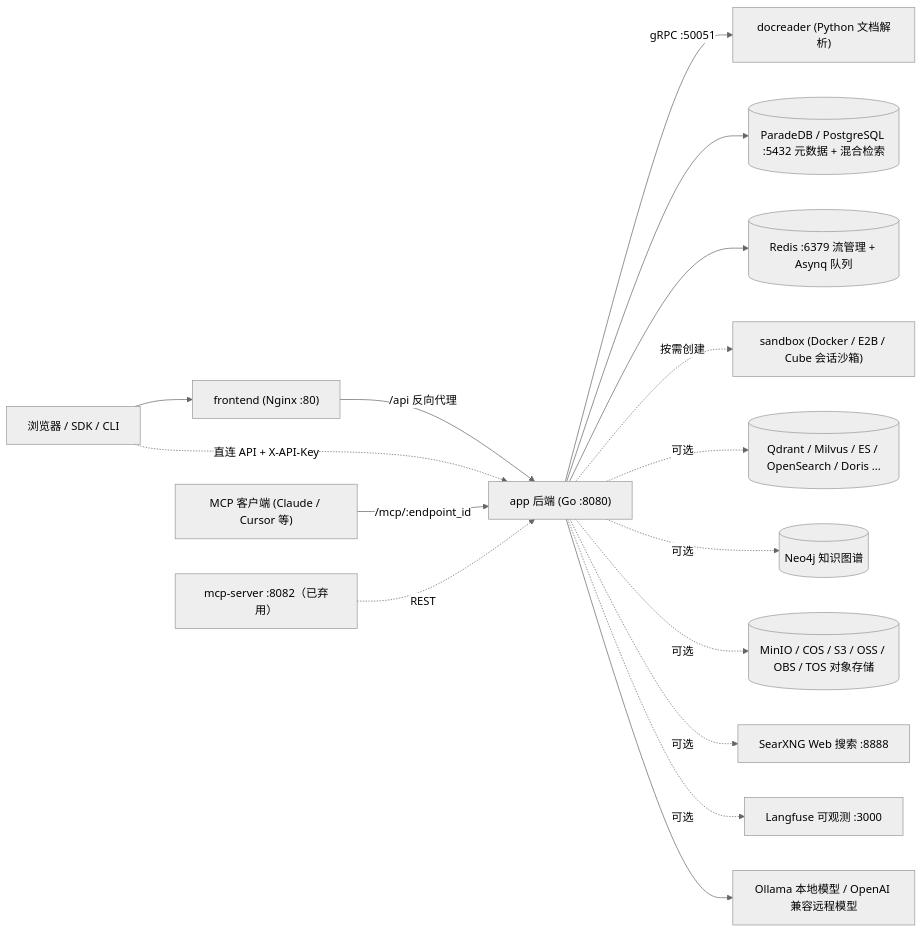
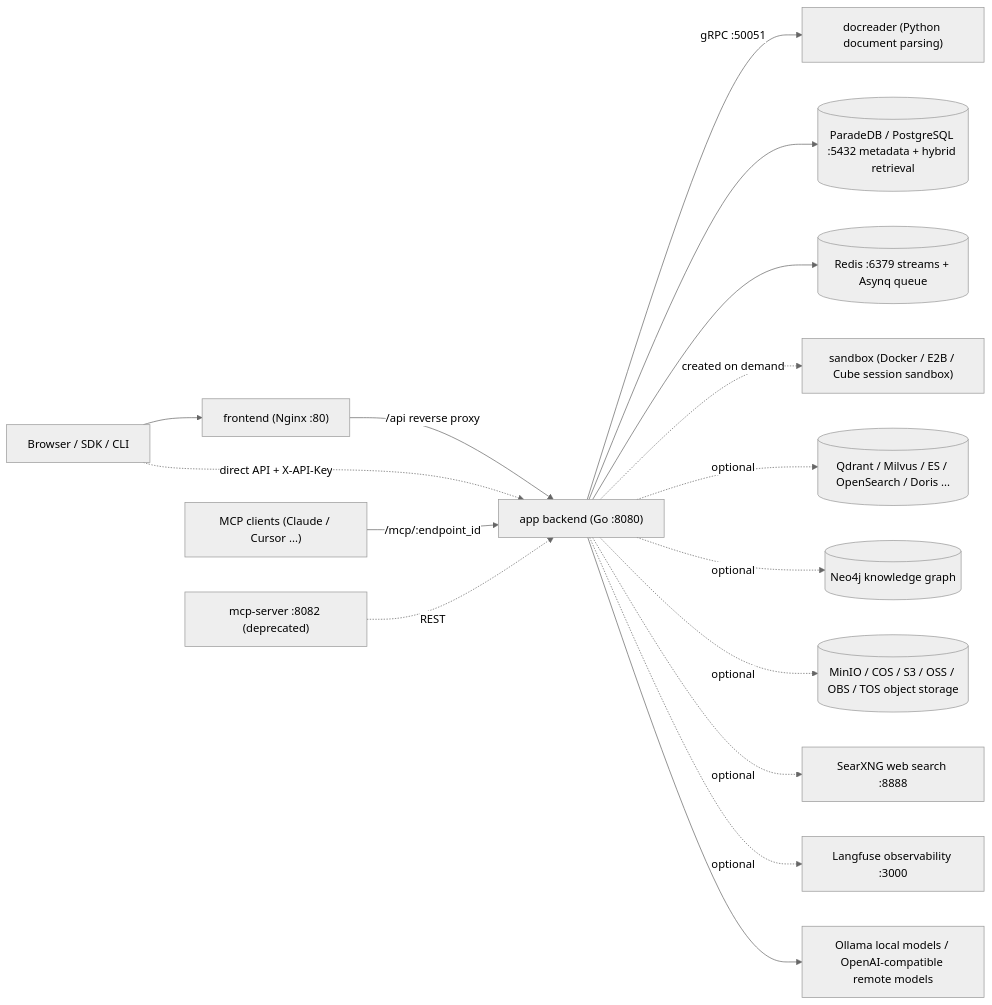
The second of 2 diagrams in website-docs/01-getting-started/01-introduction.md (jrmatherly/ai-kb), drawn with Mermaid (neutral theme) before and after one commit. The commit also changed other lines of this file and 17 other files, not shown here.

````diff
--- a/website-docs/01-getting-started/01-introduction.md
+++ b/website-docs/01-getting-started/01-introduction.md
@@ -140,18 +140,18 @@
 ```mermaid
 flowchart LR
-    Browser["浏览器 / SDK / CLI"] --> FE["frontend (Nginx :80)"]
-    FE -- "/api 反向代理" --> APP["app 后端 (Go :8080)"]
-    Browser -. "直连 API + X-API-Key" .-> APP
-    APP -- "gRPC :50051" --> DR["docreader (Python 文档解析)"]
-    APP --> PG[("ParadeDB / PostgreSQL :5432 元数据 + 混合检索")]
-    APP --> RD[("Redis :6379 流管理 + Asynq 队列")]
-    APP -. "按需创建" .-> SB["sandbox (Docker / E2B / Cube 会话沙箱)"]
-    APP -. "可选" .-> VDB[("Qdrant / Milvus / ES / OpenSearch / Doris ...")]
-    APP -. "可选" .-> NEO[("Neo4j 知识图谱")]
-    APP -. "可选" .-> OSS[("MinIO / COS / S3 / OSS / OBS / TOS 对象存储")]
-    APP -. "可选" .-> SX["SearXNG Web 搜索 :8888"]
-    APP -. "可选" .-> LF["Langfuse 可观测 :3000"]
-    APP --> LLM["Ollama 本地模型 / OpenAI 兼容远程模型"]
-    MCPC["MCP 客户端 (Claude / Cursor 等)"] -- "/mcp/:endpoint_id" --> APP
-    MCPS["mcp-server :8082（已弃用）"] -. "REST" .-> APP
+    Browser["Browser / SDK / CLI"] --> FE["frontend (Nginx :80)"]
+    FE -- "/api reverse proxy" --> APP["app backend (Go :8080)"]
+    Browser -. "direct API + X-API-Key" .-> APP
+    APP -- "gRPC :50051" --> DR["docreader (Python document parsing)"]
+    APP --> PG[("ParadeDB / PostgreSQL :5432 metadata + hybrid retrieval")]
+    APP --> RD[("Redis :6379 streams + Asynq queue")]
+    APP -. "created on demand" .-> SB["sandbox (Docker / E2B / Cube session sandbox)"]
+    APP -. "optional" .-> VDB[("Qdrant / Milvus / ES / OpenSearch / Doris ...")]
+    APP -. "optional" .-> NEO[("Neo4j knowledge graph")]
+    APP -. "optional" .-> OSS[("MinIO / COS / S3 / OSS / OBS / TOS object storage")]
+    APP -. "optional" .-> SX["SearXNG web search :8888"]
+    APP -. "optional" .-> LF["Langfuse observability :3000"]
+    APP --> LLM["Ollama local models / OpenAI-compatible remote models"]
+    MCPC["MCP clients (Claude / Cursor ...)"] -- "/mcp/:endpoint_id" --> APP
+    MCPS["mcp-server :8082 (deprecated)"] -. "REST" .-> APP
 ```
````
